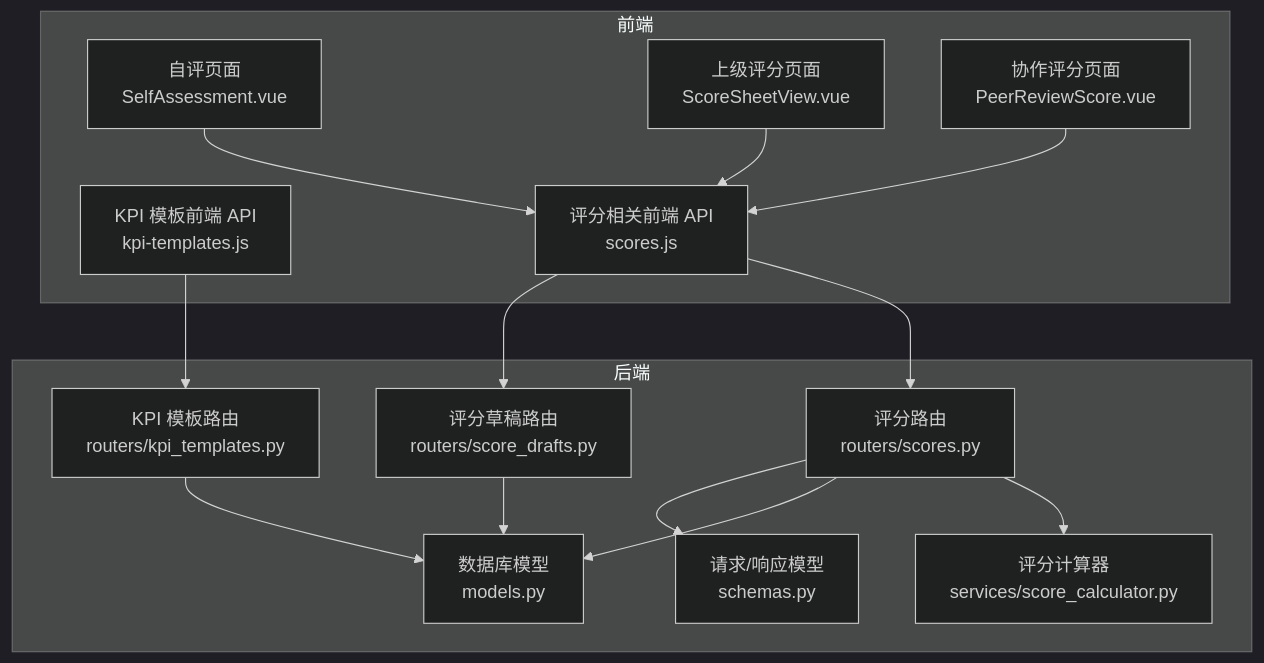
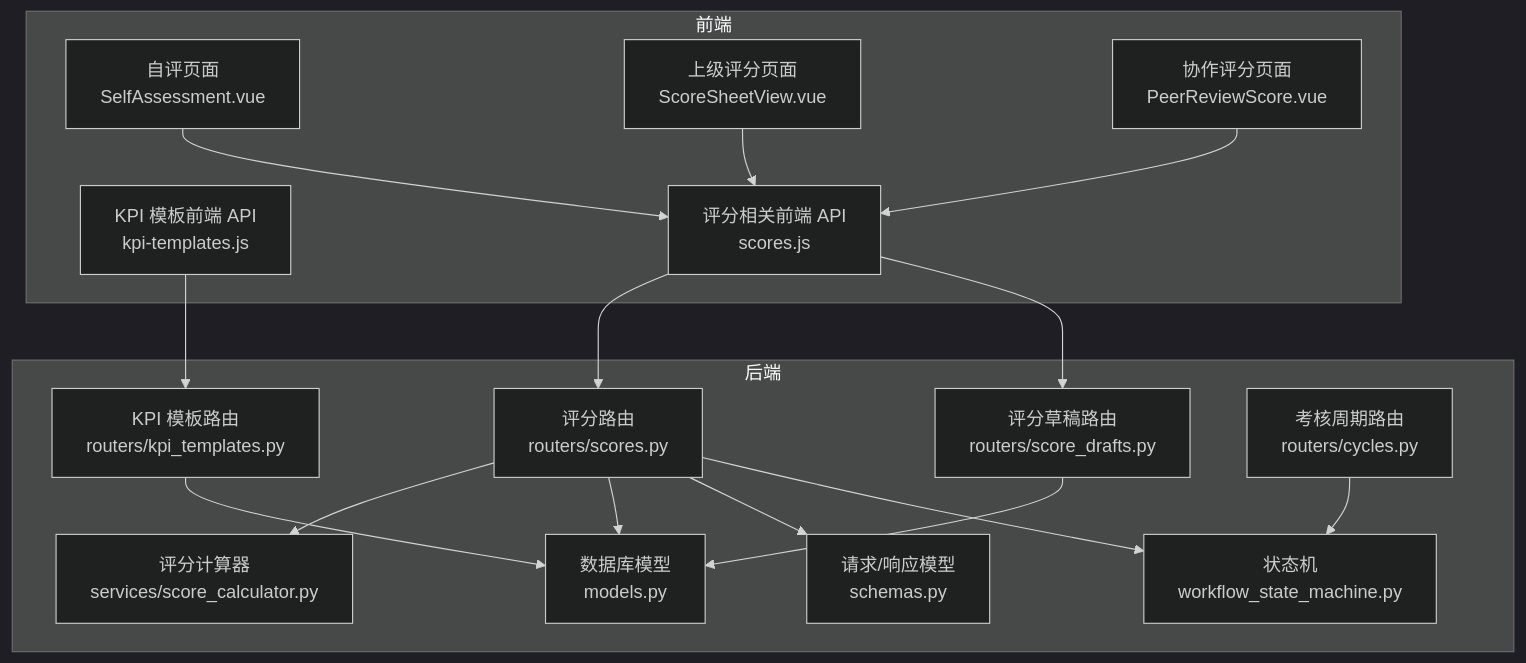
Before and after one commit to xgd561/performance_evaluation_system: the first of 8 diagrams in .qoder/repowiki/zh/content/评分系统/评分系统.md, drawn with Mermaid (dark theme). The commit also changed other lines of this file and 136 other files, not shown here.

````diff
--- a/.qoder/repowiki/zh/content/评分系统/评分系统.md
+++ b/.qoder/repowiki/zh/content/评分系统/评分系统.md
@@ -47,29 +57,33 @@
 ```mermaid
 graph TB
 subgraph "前端"
 SA["自评页面<br/>SelfAssessment.vue"]
 MS["上级评分页面<br/>ScoreSheetView.vue"]
 PR["协作评分页面<br/>PeerReviewScore.vue"]
 KT_API["KPI 模板前端 API<br/>kpi-templates.js"]
 SC_API["评分相关前端 API<br/>scores.js"]
 end
 subgraph "后端"
 R_SCORES["评分路由<br/>routers/scores.py"]
 R_KT["KPI 模板路由<br/>routers/kpi_templates.py"]
 R_DRAFT["评分草稿路由<br/>routers/score_drafts.py"]
+R_CYCLES["考核周期路由<br/>routers/cycles.py"]
 SVC_CALC["评分计算器<br/>services/score_calculator.py"]
 DB_MODELS["数据库模型<br/>models.py"]
 SCHEMAS["请求/响应模型<br/>schemas.py"]
+STATE_MACHINE["状态机<br/>workflow_state_machine.py"]
 end
 SA --> SC_API
 MS --> SC_API
 PR --> SC_API
 KT_API --> R_KT
 SC_API --> R_SCORES
 SC_API --> R_DRAFT
 R_SCORES --> SVC_CALC
 R_SCORES --> DB_MODELS
 R_KT --> DB_MODELS
 R_DRAFT --> DB_MODELS
 R_SCORES --> SCHEMAS
+R_SCORES --> STATE_MACHINE
+R_CYCLES --> STATE_MACHINE
 ```
````
